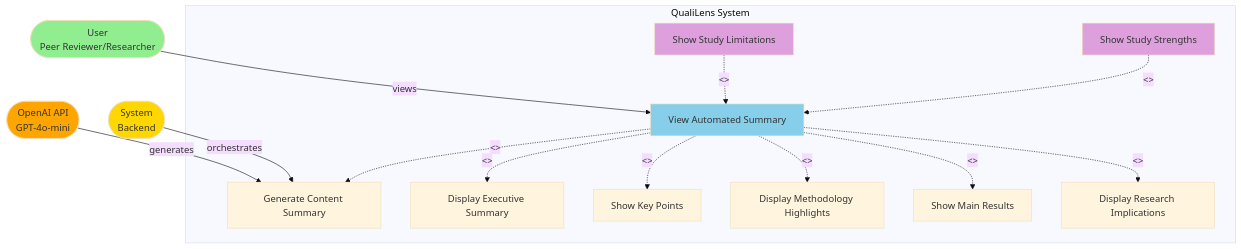
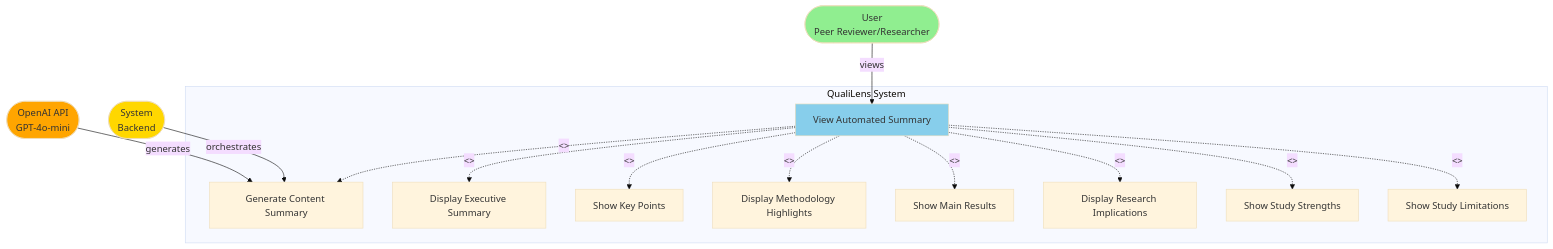
One commit to giuliobarde/QualiLens changed the tenth of 12 diagrams in docs/architecture/4_USE_CASE_DIAGRAM.md. Above: the diagram before and after it, drawn with Mermaid (base theme). The commit also changed other lines of this file and 2 other files, not shown here.

Commit message:
use case diagram updated

````diff
--- a/docs/architecture/4_USE_CASE_DIAGRAM.md
+++ b/docs/architecture/4_USE_CASE_DIAGRAM.md
@@ -337,38 +342,36 @@
 ```mermaid
 graph TD
     User([User<br/>Peer Reviewer/Researcher])
     System([System<br/>Backend])
     OpenAI([OpenAI API<br/>GPT-4o-mini])
     
     subgraph "QualiLens System"
         UC10[View Automated Summary]
         UC10a[Generate Content Summary]
         UC10b[Display Executive Summary]
         UC10c[Show Key Points]
         UC10d[Display Methodology Highlights]
         UC10e[Show Main Results]
         UC10f[Display Research Implications]
         UC10g[Show Study Strengths]
         UC10h[Show Study Limitations]
         
         UC10 -.->|<<include>>| UC10a
         UC10 -.->|<<include>>| UC10b
         UC10 -.->|<<include>>| UC10c
         UC10 -.->|<<include>>| UC10d
         UC10 -.->|<<include>>| UC10e
         UC10 -.->|<<include>>| UC10f
-        UC10g -.->|<<extend>>| UC10
-        UC10h -.->|<<extend>>| UC10
+        UC10 -.->|<<include>>| UC10g
+        UC10 -.->|<<include>>| UC10h
     end
     
     User -->|views| UC10
     System -->|orchestrates| UC10a
     OpenAI -->|generates| UC10a
     
     style User fill:#90EE90
     style System fill:#FFD700
     style OpenAI fill:#FFA500
     style UC10 fill:#87CEEB
-    style UC10g fill:#DDA0DD
-    style UC10h fill:#DDA0DD
 ```
````
